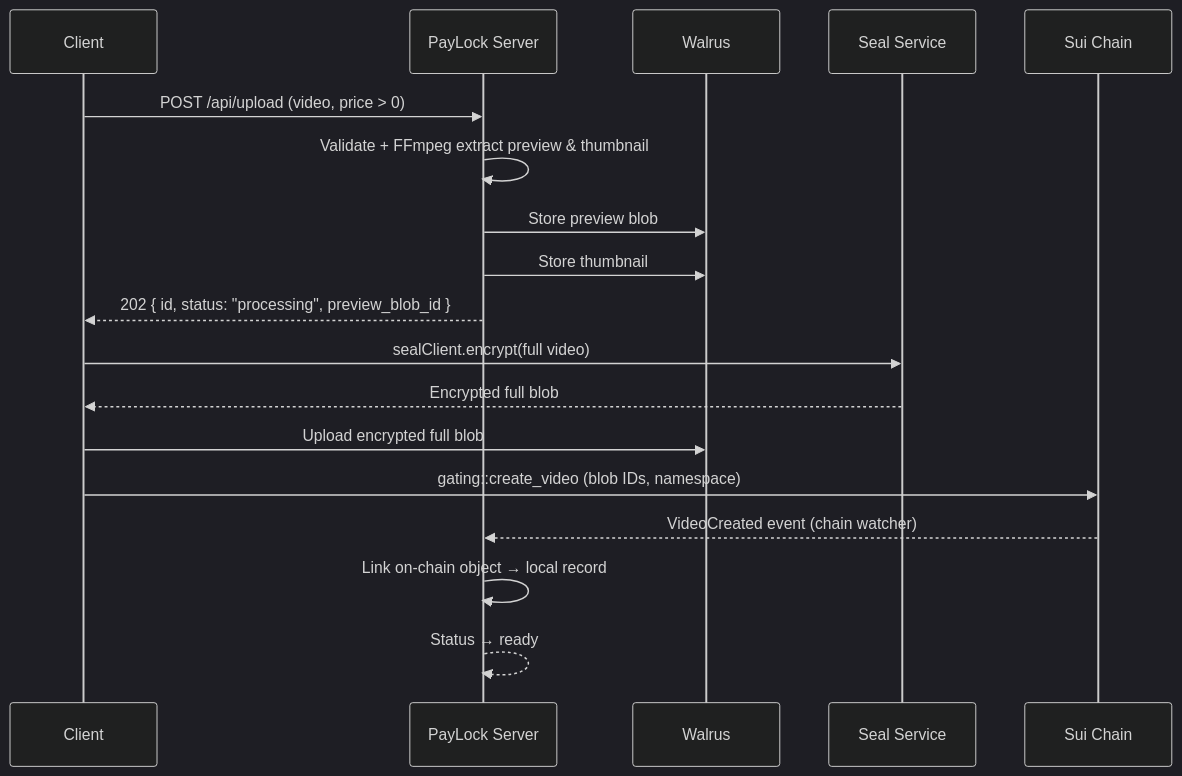
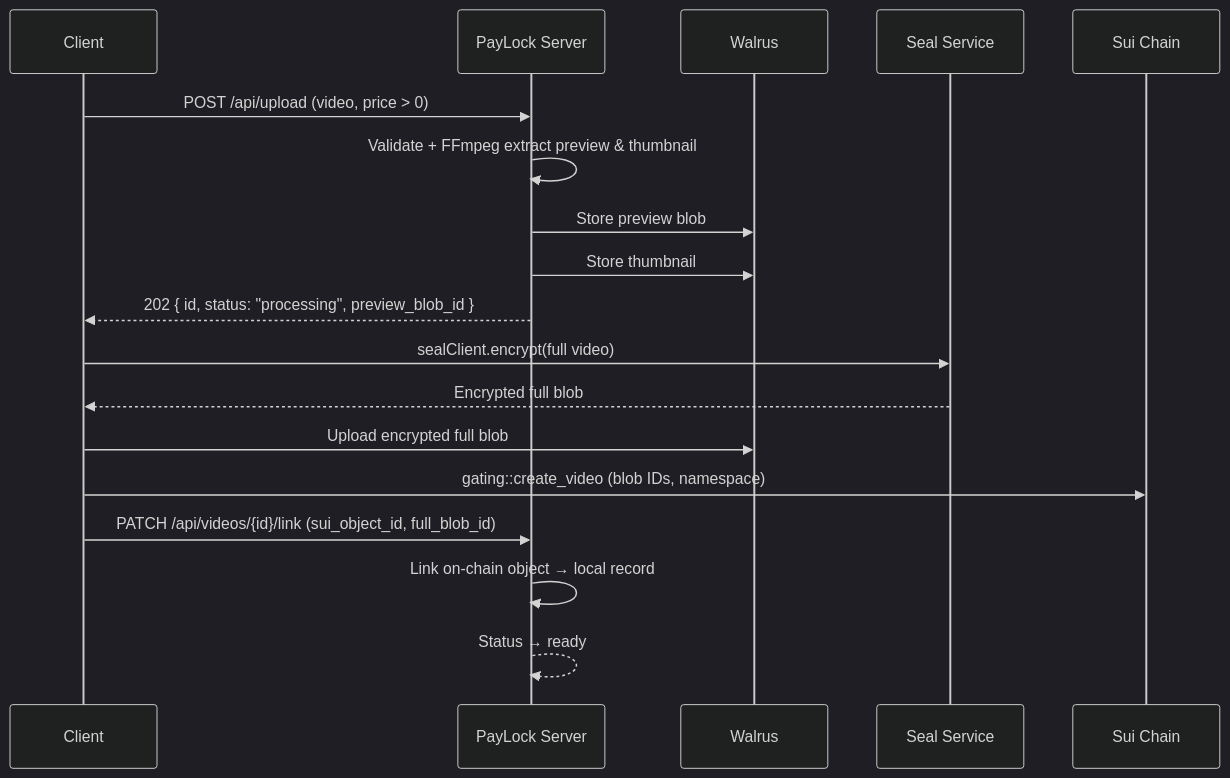
Before and after one commit to june-in-exile/payLock: the second of 3 diagrams in README.md, drawn with Mermaid (dark theme). The commit also changed other lines of this file and 8 other files, not shown here.

Commit message:
feat: add PATCH /api/videos/{id}/link for immediate on-chain linking

````diff
--- a/README.md
+++ b/README.md
@@ -56,21 +56,21 @@
 ```mermaid
 sequenceDiagram
     participant C as Client
     participant S as PayLock Server
     participant W as Walrus
     participant Seal as Seal Service
     participant Sui as Sui Chain
 
     C->>S: POST /api/upload (video, price > 0)
     S->>S: Validate + FFmpeg extract preview & thumbnail
     S->>W: Store preview blob
     S->>W: Store thumbnail
     S-->>C: 202 { id, status: "processing", preview_blob_id }
     C->>Seal: sealClient.encrypt(full video)
     Seal-->>C: Encrypted full blob
     C->>W: Upload encrypted full blob
     C->>Sui: gating::create_video (blob IDs, namespace)
-    Sui-->>S: VideoCreated event (chain watcher)
+    C->>S: PATCH /api/videos/{id}/link (sui_object_id, full_blob_id)
     S->>S: Link on-chain object → local record
     S-->>S: Status → ready
 ```
````
